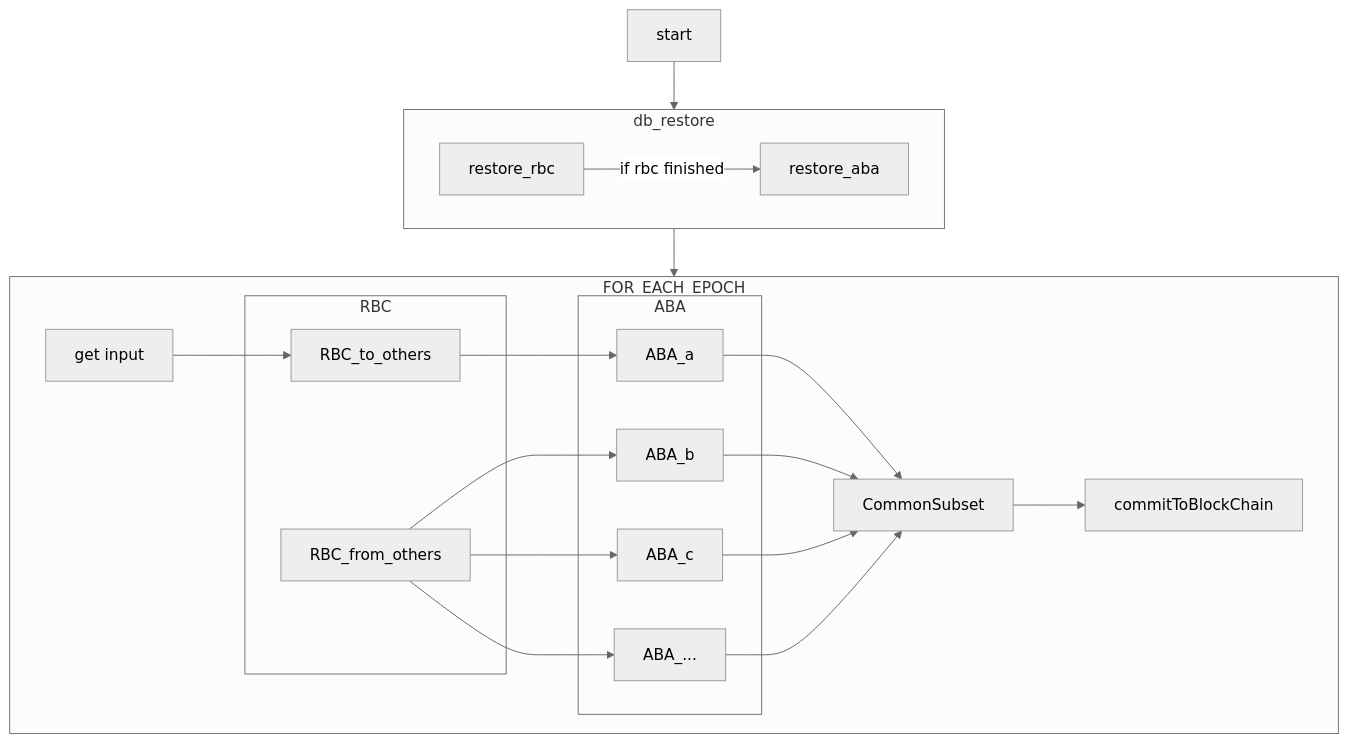
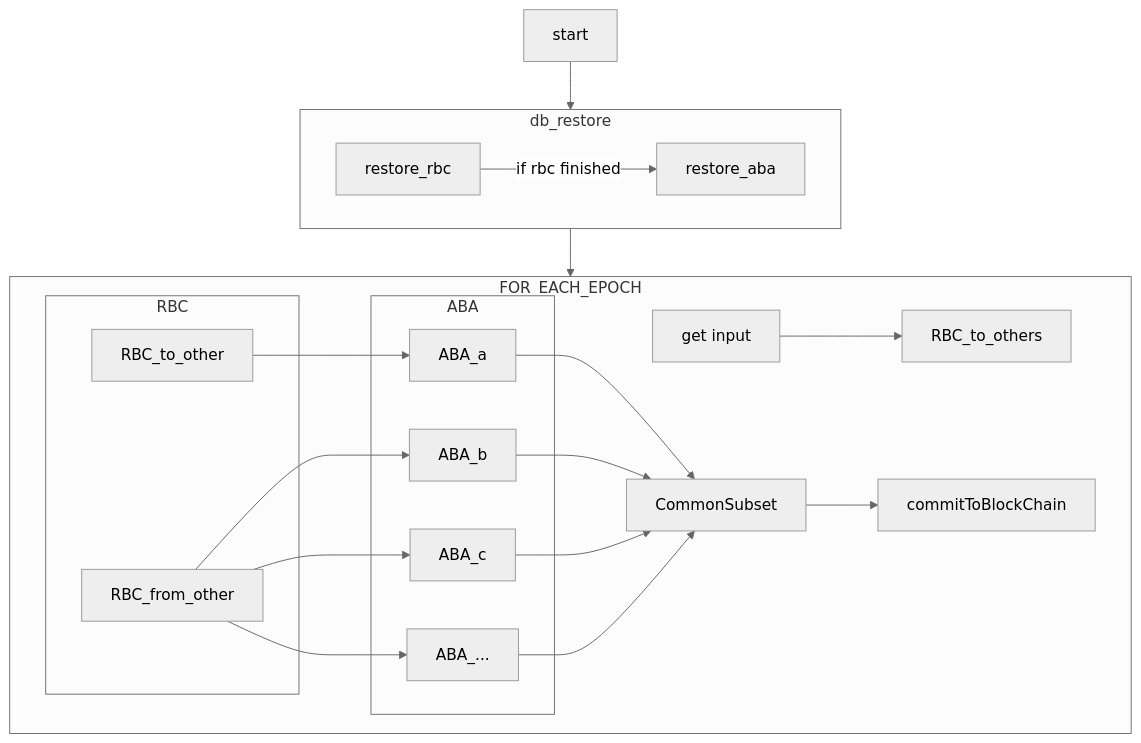
One commit to communist-consensus/communist-consensus changed the diagram in src/backend/bft/waterbear.md. Above: the diagram before and after it, drawn with Mermaid (neutral theme). The commit also changed 95 other files, not shown here.

````diff
--- a/src/backend/bft/waterbear.md
+++ b/src/backend/bft/waterbear.md
@@ -1,28 +1,27 @@
 ```mermaid
 graph TD;
     start --> db_restore
     subgraph db_restore
         restore_rbc -->|if rbc finished|restore_aba
     end
     db_restore --> FOR_EACH_EPOCH
     subgraph FOR_EACH_EPOCH
         getinput[get input]
         subgraph RBC
-            RBC_to_others
-            RBC_from_others
+            RBC_to_other
+            RBC_from_other
         end
         getinput --> RBC_to_others
         subgraph ABA
-            RBC_from_others --> ABA_b
-            RBC_from_others --> ABA_c
-            RBC_from_others --> ABA_...
-            RBC_to_others --> ABA_a
+            RBC_from_other --> ABA_b
+            RBC_from_other --> ABA_c
+            RBC_from_other --> ABA_...
+            RBC_to_other --> ABA_a
         end
         ABA_a --> CommonSubset
         ABA_b --> CommonSubset
         ABA_c --> CommonSubset
         ABA_... --> CommonSubset
         CommonSubset --> commitToBlockChain
     end
-
 ```
````
